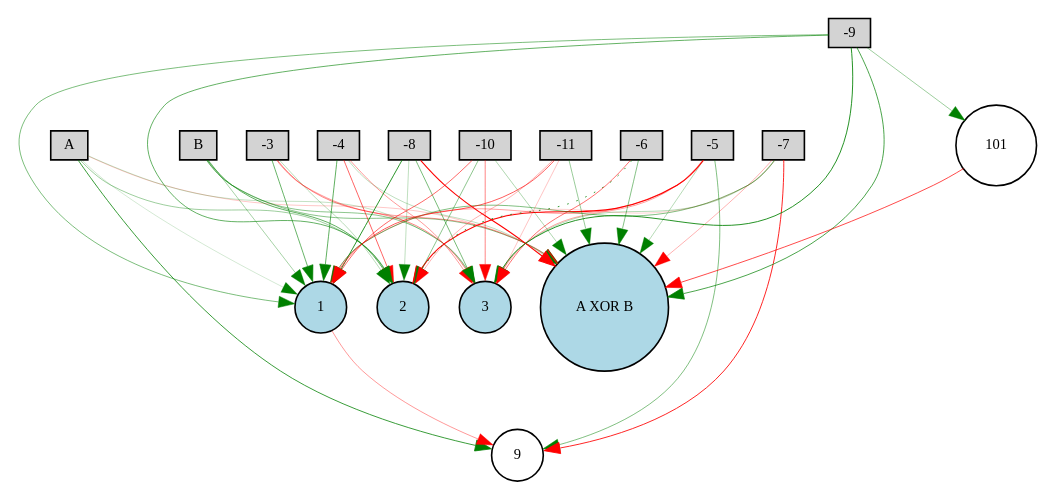
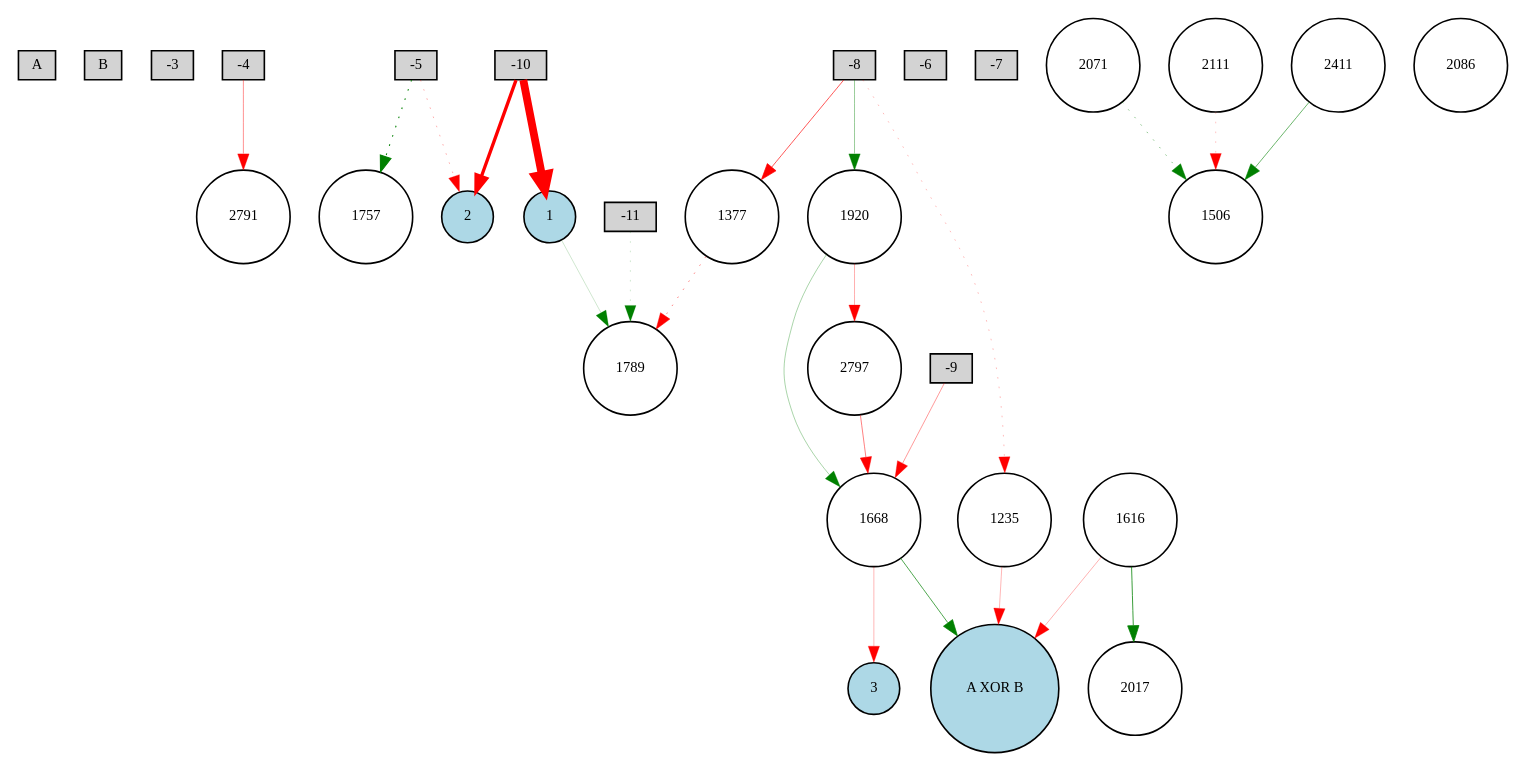
One commit to danielchang2002/5038W_Final changed the diagram in Digraph.gv. Above: the diagram before and after it, drawn with Graphviz. The commit also changed 68 other files, not shown here.

```diff
--- a/Digraph.gv
+++ b/Digraph.gv
@@ -1,69 +1,56 @@
 digraph {
 	node [fontsize=9 height=0.2 shape=circle width=0.2]
 	A [fillcolor=lightgray shape=box style=filled]
 	B [fillcolor=lightgray shape=box style=filled]
 	-3 [fillcolor=lightgray shape=box style=filled]
 	-4 [fillcolor=lightgray shape=box style=filled]
 	-5 [fillcolor=lightgray shape=box style=filled]
 	-6 [fillcolor=lightgray shape=box style=filled]
 	-7 [fillcolor=lightgray shape=box style=filled]
 	-8 [fillcolor=lightgray shape=box style=filled]
 	-9 [fillcolor=lightgray shape=box style=filled]
 	-10 [fillcolor=lightgray shape=box style=filled]
 	-11 [fillcolor=lightgray shape=box style=filled]
 	"A XOR B" [fillcolor=lightblue style=filled]
 	1 [fillcolor=lightblue style=filled]
 	2 [fillcolor=lightblue style=filled]
 	3 [fillcolor=lightblue style=filled]
-	101 [fillcolor=white style=filled]
-	9 [fillcolor=white style=filled]
-	A -> "A XOR B" [color=red penwidth=0.1368363405229692 style=solid]
-	A -> 1 [color=green penwidth=0.10552291474945587 style=solid]
-	A -> 2 [color=green penwidth=0.23851231472162474 style=solid]
-	A -> 3 [color=green penwidth=0.14547710778428918 style=solid]
-	B -> "A XOR B" [color=green penwidth=0.29404395748448187 style=solid]
-	B -> 1 [color=green penwidth=0.22135231843122216 style=solid]
-	B -> 2 [color=green penwidth=0.38870990605206435 style=solid]
-	B -> 3 [color=green penwidth=0.2769683809158382 style=solid]
-	-3 -> "A XOR B" [color=red penwidth=0.2543296489047857 style=solid]
-	-3 -> 1 [color=green penwidth=0.37129631971941746 style=solid]
-	-3 -> 2 [color=green penwidth=0.1674347227092885 style=solid]
-	-3 -> 3 [color=red penwidth=0.29978307229132684 style=solid]
-	-4 -> "A XOR B" [color=green penwidth=0.15907030430877123 style=solid]
-	-4 -> 1 [color=green penwidth=0.3877069706711489 style=solid]
-	-4 -> 2 [color=red penwidth=0.38268885372422434 style=solid]
-	-4 -> 3 [color=red penwidth=0.25167201328642197 style=solid]
-	-5 -> "A XOR B" [color=green penwidth=0.1800541784507963 style=solid]
-	-5 -> 1 [color=red penwidth=0.22966798816747522 style=solid]
-	-5 -> 2 [color=red penwidth=0.7007594658275057 style=solid]
-	-5 -> 3 [color=red penwidth=0.23349981805981104 style=solid]
-	-6 -> "A XOR B" [color=green penwidth=0.29792875108804867 style=solid]
-	-6 -> 2 [color=green penwidth=0.4980570142301681 style=dotted]
-	-6 -> 3 [color=red penwidth=0.3494348368039354 style=solid]
-	-7 -> "A XOR B" [color=red penwidth=0.18941249328832505 style=solid]
-	-7 -> 1 [color=green penwidth=0.31233639874276653 style=solid]
-	-7 -> 2 [color=red penwidth=0.11332353283963371 style=solid]
-	-7 -> 3 [color=green penwidth=0.18212230758574455 style=solid]
-	-8 -> "A XOR B" [color=red penwidth=0.6573000895816357 style=solid]
-	-8 -> 1 [color=green penwidth=0.5164553129186222 style=solid]
-	-8 -> 2 [color=green penwidth=0.1566488922123167 style=solid]
-	-8 -> 3 [color=green penwidth=0.32869710458834744 style=solid]
-	-9 -> "A XOR B" [color=green penwidth=0.4441680878105956 style=solid]
-	-9 -> 1 [color=green penwidth=0.32392976845829513 style=solid]
-	-9 -> 2 [color=green penwidth=0.3823670812189597 style=solid]
-	-9 -> 3 [color=green penwidth=0.5275517551912445 style=solid]
-	-10 -> "A XOR B" [color=green penwidth=0.19720879095995936 style=solid]
-	-10 -> 1 [color=red penwidth=0.3731669122759793 style=solid]
-	-10 -> 2 [color=green penwidth=0.282254569315746 style=solid]
-	-10 -> 3 [color=red penwidth=0.29936244970468706 style=solid]
-	-11 -> "A XOR B" [color=green penwidth=0.24840943467915566 style=solid]
-	-11 -> 1 [color=red penwidth=0.39565049036232613 style=solid]
-	-11 -> 2 [color=red penwidth=0.18692244585992984 style=solid]
-	-11 -> 3 [color=red penwidth=0.15241197196237502 style=solid]
-	-5 -> 9 [color=green penwidth=0.3070375088168116 style=solid]
-	A -> 9 [color=green penwidth=0.48114114989584134 style=solid]
-	-9 -> 101 [color=green penwidth=0.24489562361270287 style=solid]
-	101 -> "A XOR B" [color=red penwidth=0.43701927494082193 style=solid]
-	1 -> 9 [color=red penwidth=0.24928027244899986 style=solid]
-	-7 -> 9 [color=red penwidth=0.5297810775555621 style=solid]
+	1668 [fillcolor=white style=filled]
+	1920 [fillcolor=white style=filled]
+	2071 [fillcolor=white style=filled]
+	2086 [fillcolor=white style=filled]
+	2111 [fillcolor=white style=filled]
+	1616 [fillcolor=white style=filled]
+	1235 [fillcolor=white style=filled]
+	1757 [fillcolor=white style=filled]
+	1377 [fillcolor=white style=filled]
+	1506 [fillcolor=white style=filled]
+	2017 [fillcolor=white style=filled]
+	2791 [fillcolor=white style=filled]
+	2411 [fillcolor=white style=filled]
+	2797 [fillcolor=white style=filled]
+	1789 [fillcolor=white style=filled]
+	-10 -> 1 [color=red penwidth=4.839646093814423 style=solid]
+	-10 -> 2 [color=red penwidth=2.0540340693433654 style=solid]
+	1235 -> "A XOR B" [color=red penwidth=0.17560463961906098 style=solid]
+	1668 -> 3 [color=red penwidth=0.1762521841511973 style=solid]
+	-5 -> 1757 [color=green penwidth=0.6573376086402898 style=dotted]
+	1920 -> 1668 [color=green penwidth=0.2097637648558091 style=solid]
+	1616 -> "A XOR B" [color=red penwidth=0.18530987650205505 style=solid]
+	-8 -> 1920 [color=green penwidth=0.2510551266947191 style=solid]
+	2111 -> 1506 [color=red penwidth=0.15241780907610086 style=dotted]
+	-11 -> 1789 [color=green penwidth=0.12238616233730101 style=dotted]
+	-5 -> 2 [color=red penwidth=0.1978451157713258 style=dotted]
+	-8 -> 1235 [color=red penwidth=0.16854985184106108 style=dotted]
+	-8 -> 1377 [color=red penwidth=0.4085032577955856 style=solid]
+	2411 -> 1506 [color=green penwidth=0.35519108348285644 style=solid]
+	1377 -> 1789 [color=red penwidth=0.29517273046276893 style=dotted]
+	1668 -> "A XOR B" [color=green penwidth=0.4268993220426339 style=solid]
+	1 -> 1789 [color=green penwidth=0.11743411821613432 style=solid]
+	2071 -> 1506 [color=green penwidth=0.2933605933977862 style=dotted]
+	-9 -> 1668 [color=red penwidth=0.2483248007070235 style=solid]
+	1616 -> 2017 [color=green penwidth=0.48217318180252755 style=solid]
+	-4 -> 2791 [color=red penwidth=0.27346989630786966 style=solid]
+	1920 -> 2797 [color=red penwidth=0.20345601115233286 style=solid]
+	2797 -> 1668 [color=red penwidth=0.31333963261078535 style=solid]
 }
```
